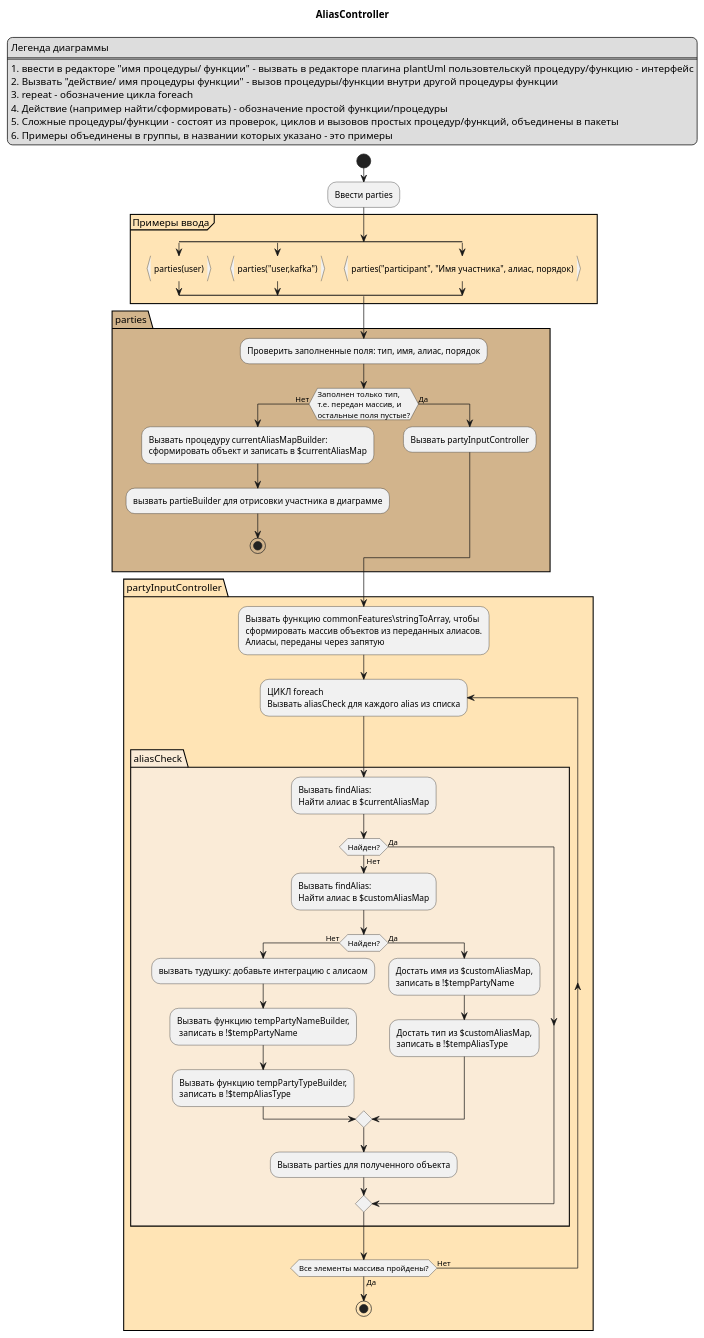
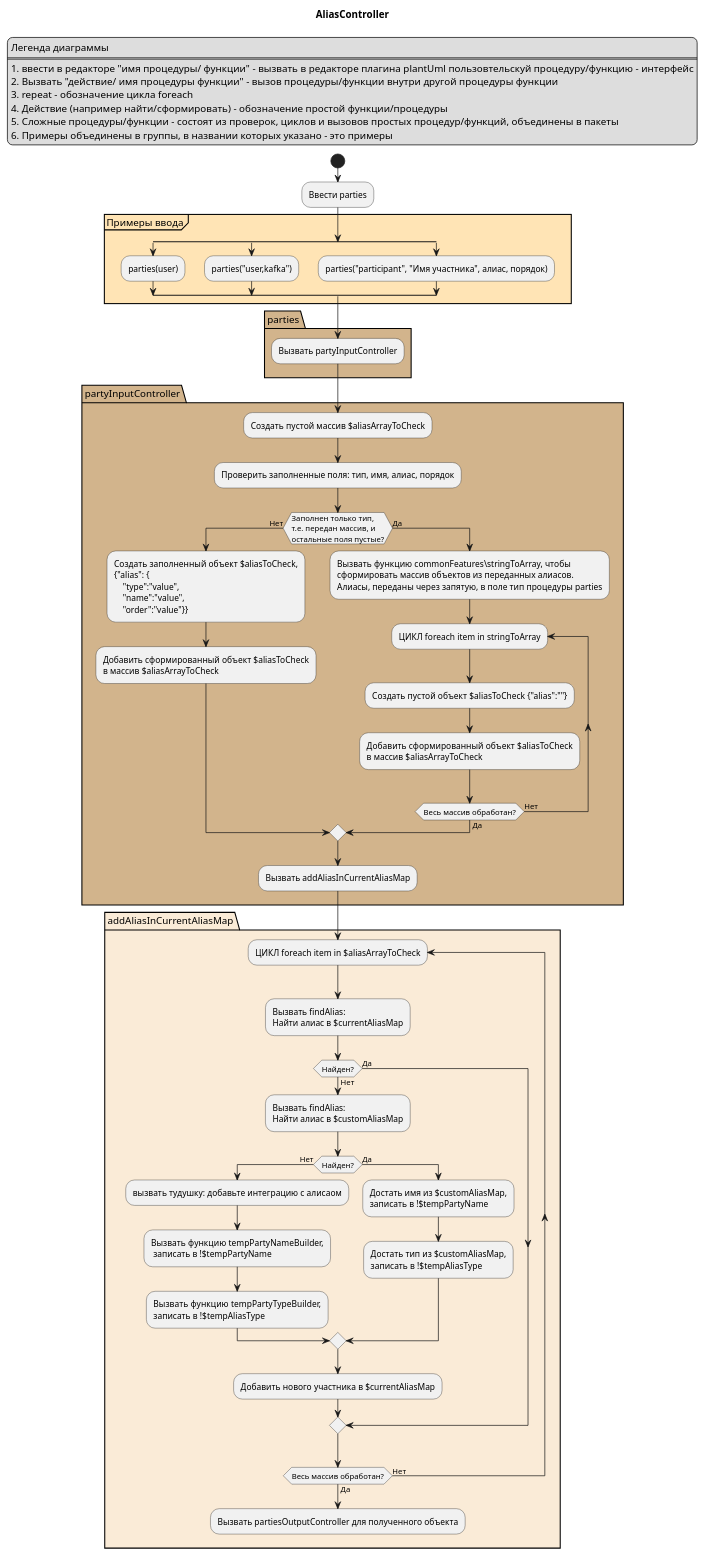
One commit to leraRadicovich/PlantUML_SequenceLib changed the diagram in SequenceLib/Documentation/logic/partiesLogicActivity.puml. Above: the diagram before and after it, drawn with PlantUML. The commit also changed 2 other files, not shown here.

```diff
--- a/SequenceLib/Documentation/logic/partiesLogicActivity.puml
+++ b/SequenceLib/Documentation/logic/partiesLogicActivity.puml
@@ -1,68 +1,79 @@
 @startuml
 title "AliasController"
 legend top left
 Легенда диаграммы
 ====
 1. ввести в редакторе "имя процедуры/ функции" - вызвать в редакторе плагина plantUml пользовтельскуй процедуру/функцию - интерфейс
 2. Вызвать "действие/ имя процедуры функции" - вызов процедуры/функции внутри другой процедуры функции
 3. repeat - обозначение цикла foreach
 4. Действие (например найти/сформировать) - обозначение простой функции/процедуры
 5. Сложные процедуры/функции - состоят из проверок, циклов и вызовов простых процедур/функций, объединены в пакеты
 6. Примеры объединены в группы, в названии которых указано - это примеры
 end legend
 
 start
 :Ввести parties;
 group Примеры ввода #moccasin
     split
-    :parties(user)}
+    :parties(user);
     split again
-    :parties("user,kafka")}
+    :parties("user,kafka");
     split again
-    :parties("participant", "Имя участника", алиас, порядок)}
+    :parties("participant", "Имя участника", алиас, порядок);
     end split
 end group
 
 package parties #tan
+    :Вызвать partyInputController;
+end group
+package partyInputController #tan
+    :Создать пустой массив $aliasArrayToCheck;
     :Проверить заполненные поля: тип, имя, алиас, порядок;
     if (Заполнен только тип,\nт.е. передан массив, и\nостальные поля пустые?) then (Нет)
-        :Вызвать процедуру currentAliasMapBuilder:
-        сформировать объект и записать в $currentAliasMap;
-        :вызвать partieBuilder для отрисовки участника в диаграмме;
-        stop
+        :Создать заполненный объект $aliasToCheck,
+        {"alias": {
+            "type":"value",
+            "name":"value",
+            "order":"value"}};
+        :Добавить сформированный объект $aliasToCheck
+        в массив $aliasArrayToCheck;
     else (Да)
-        :Вызвать partyInputController;
+        :Вызвать функцию commonFeatures\stringToArray, чтобы
+        сформировать массив объектов из переданных алиасов.
+        Алиасы, переданы через запятую, в поле тип процедуры parties;
+        repeat:ЦИКЛ foreach item in stringToArray
+            :Создать пустой объект $aliasToCheck {"alias":""};
+            :Добавить сформированный объект $aliasToCheck
+            в массив $aliasArrayToCheck;
+        repeat while (Весь массив обработан?) is (Нет) not (Да)
     endif
-end group
+    :Вызвать addAliasInCurrentAliasMap;
+    end group
+    package addAliasInCurrentAliasMap #antiquewhite
+        repeat:ЦИКЛ foreach item in $aliasArrayToCheck
+        :Вызвать findAlias:\nНайти алиас в $currentAliasMap;
+        if(Найден?) then(Да)
+        else(Нет)
+            :Вызвать findAlias:
+            Найти алиас в $customAliasMap;
+            if(Найден?) then(Нет)
+                :вызвать тудушку: добавьте интеграцию с алисаом;
+                :Вызвать функцию tempPartyNameBuilder,
+                 записать в !$tempPartyName;
+                :Вызвать функцию tempPartyTypeBuilder,
+                записать в !$tempAliasType;
+            else(Да)
+                :Достать имя из $customAliasMap,
+                записать в !$tempPartyName;
+                :Достать тип из $customAliasMap,
+                записать в !$tempAliasType;
+            endif
+            :Добавить нового участника в $currentAliasMap;
+        endif
 
-package partyInputController #moccasin
-    :Вызвать функцию commonFeatures\stringToArray, чтобы
-    сформировать массив объектов из переданных алиасов.
-    Алиасы, переданы через запятую;
-    repeat:ЦИКЛ foreach\nВызвать aliasCheck для каждого alias из списка;
-        package aliasCheck #antiquewhite
-            :Вызвать findAlias:
-            Найти алиас в $currentAliasMap;
-            if(Найден?) then(Нет)
-                :Вызвать findAlias:
-                Найти алиас в $customAliasMap;
-                if(Найден?) then(Нет)
-                    :вызвать тудушку: добавьте интеграцию с алисаом;
-                    :Вызвать функцию tempPartyNameBuilder,
-                     записать в !$tempPartyName;
-                    :Вызвать функцию tempPartyTypeBuilder,
-                    записать в !$tempAliasType;
-                else(Да)
-                    :Достать имя из $customAliasMap,
-                    записать в !$tempPartyName;
-                    :Достать тип из $customAliasMap,
-                    записать в !$tempAliasType;
-                endif
-                :Вызвать parties для полученного объекта;
-            else (Да)
-            endif
-        end group
-    repeat while (Все элементы массива пройдены?) is (Нет) not (Да)
-    stop
-end group
+    repeat while (Весь массив обработан?) is (Нет) not (Да)
+    :Вызвать partiesOutputController для полученного объекта;
+    end group
+
+
 @enduml
```
